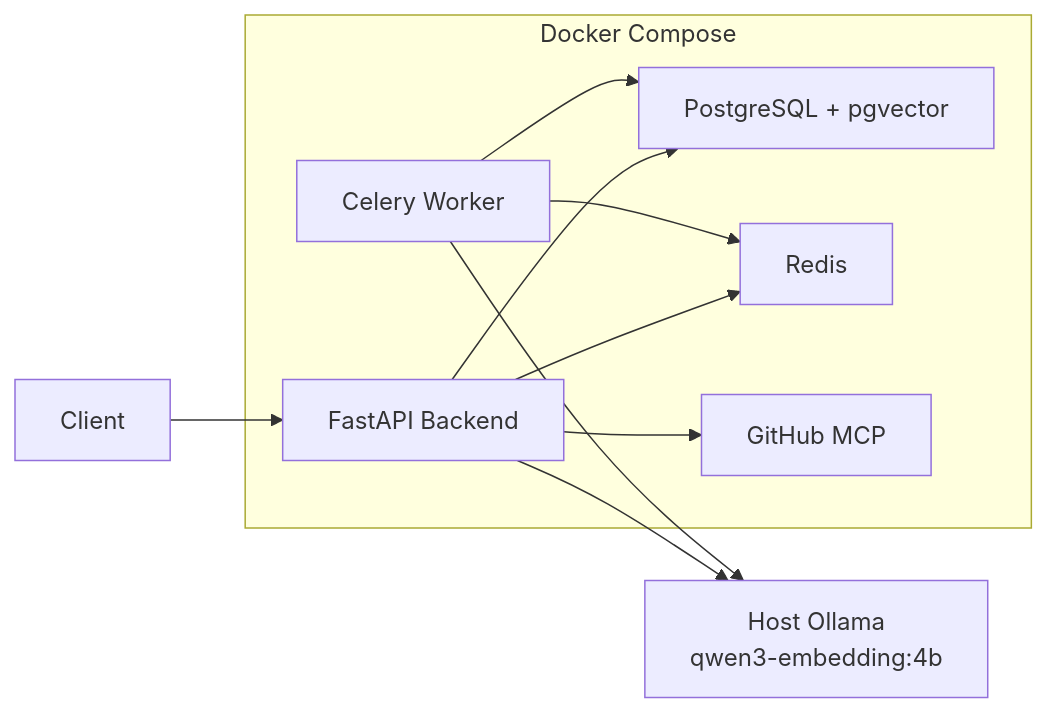
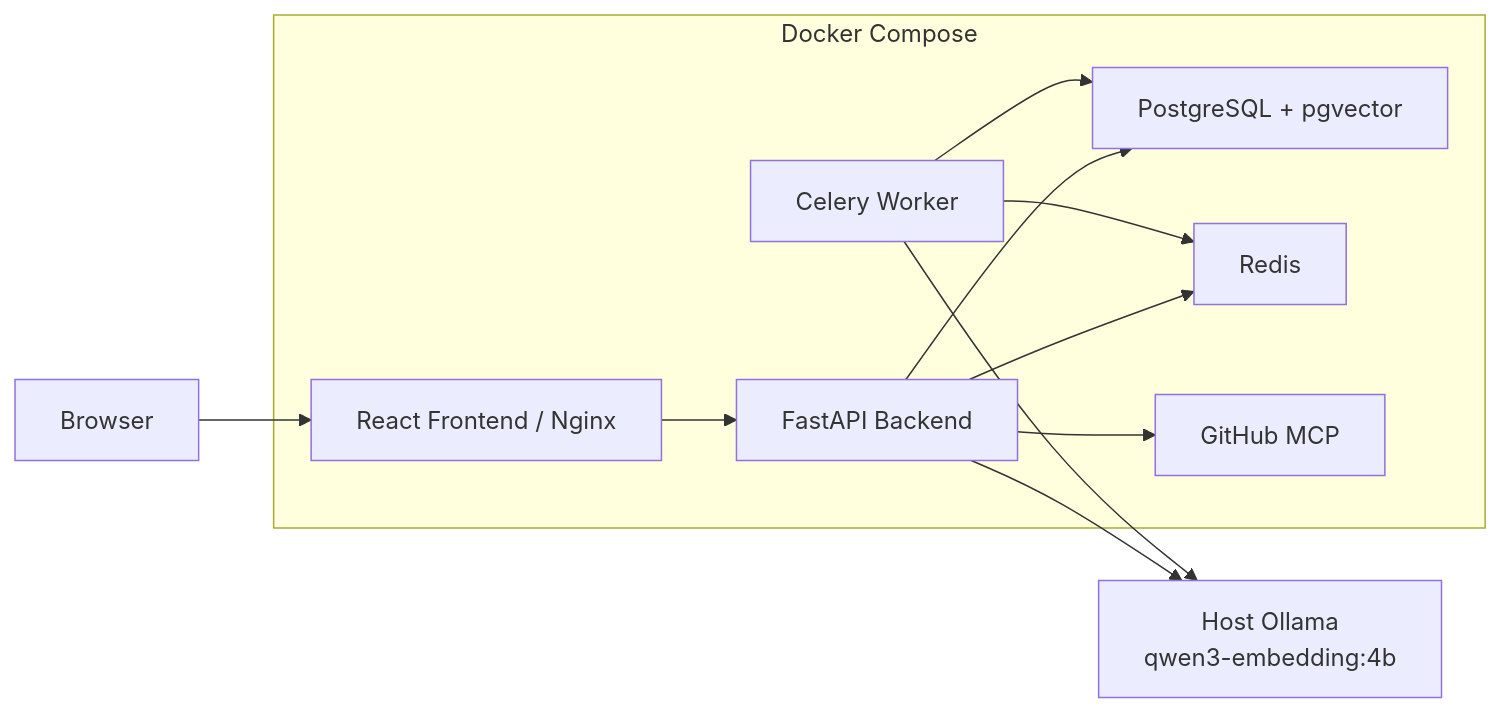
The fifth of 5 diagrams in README.md (21breeze/NodAgent), drawn with Mermaid before and after one commit. The commit also changed other lines of this file, not shown here.

Commit message:
docs: document web interface and architecture

````diff
--- a/README.md
+++ b/README.md
@@ -668,27 +690,29 @@
 ```mermaid
 flowchart LR
 
-    User["Client"]
+    User["Browser"]
 
     subgraph Docker["Docker Compose"]
+        Frontend["React Frontend / Nginx"]
         Backend["FastAPI Backend"]
         Worker["Celery Worker"]
         PostgreSQL["PostgreSQL + pgvector"]
         Redis["Redis"]
         GitHubMCP["GitHub MCP"]
     end
 
     Ollama["Host Ollama<br/>qwen3-embedding:4b"]
 
-    User --> Backend
+    User --> Frontend
+    Frontend --> Backend
 
     Backend --> PostgreSQL
     Backend --> Redis
     Backend --> GitHubMCP
 
     Worker --> PostgreSQL
     Worker --> Redis
 
     Backend --> Ollama
     Worker --> Ollama
 ```
````
